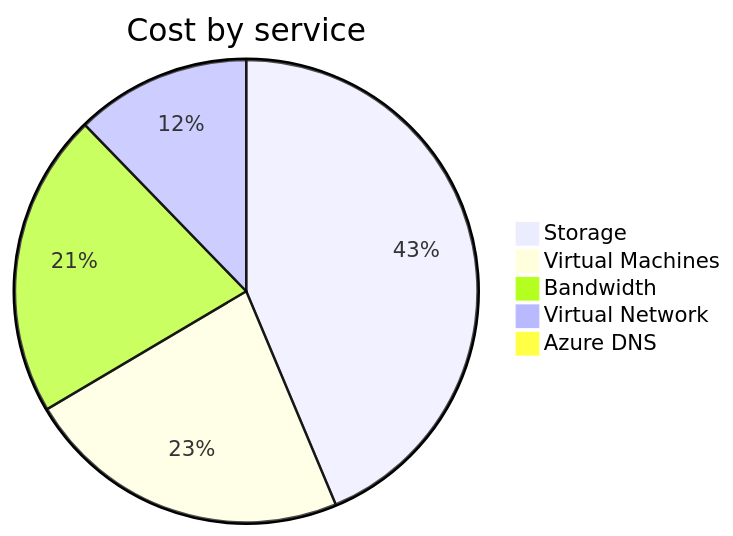
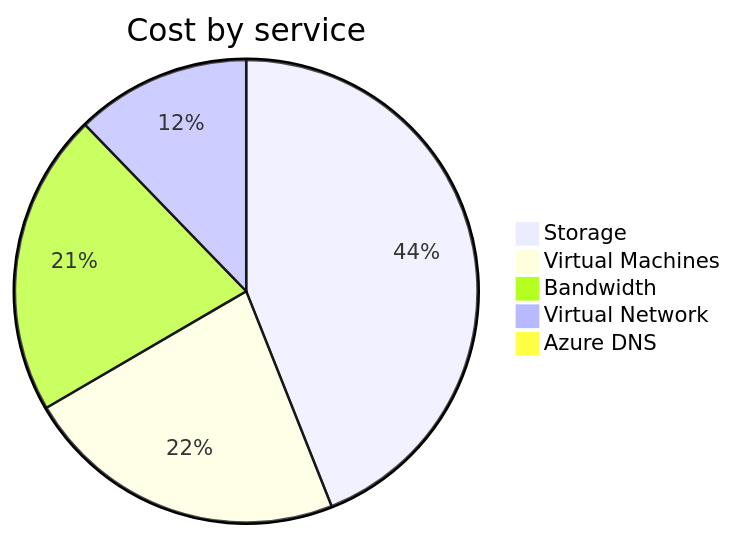
The second of 4 diagrams in cost-reports/personal-network/README.md (jpfulton/azure-personal-reports), drawn with Mermaid before and after one commit. The commit also changed other lines of this file and 8 other files, not shown here.

````diff
--- a/cost-reports/personal-network/README.md
+++ b/cost-reports/personal-network/README.md
@@ -99,9 +99,9 @@
 ```mermaid
 pie
    title Cost by service
-   "Storage" : 3.35
-   "Virtual Machines" : 1.75
-   "Bandwidth" : 1.63
-   "Virtual Network" : 0.94
-   "Azure DNS" : 0.06
+   "Storage" : 4.24
+   "Virtual Machines" : 2.18
+   "Bandwidth" : 2.04
+   "Virtual Network" : 1.18
+   "Azure DNS" : 0.08
 ```
````
